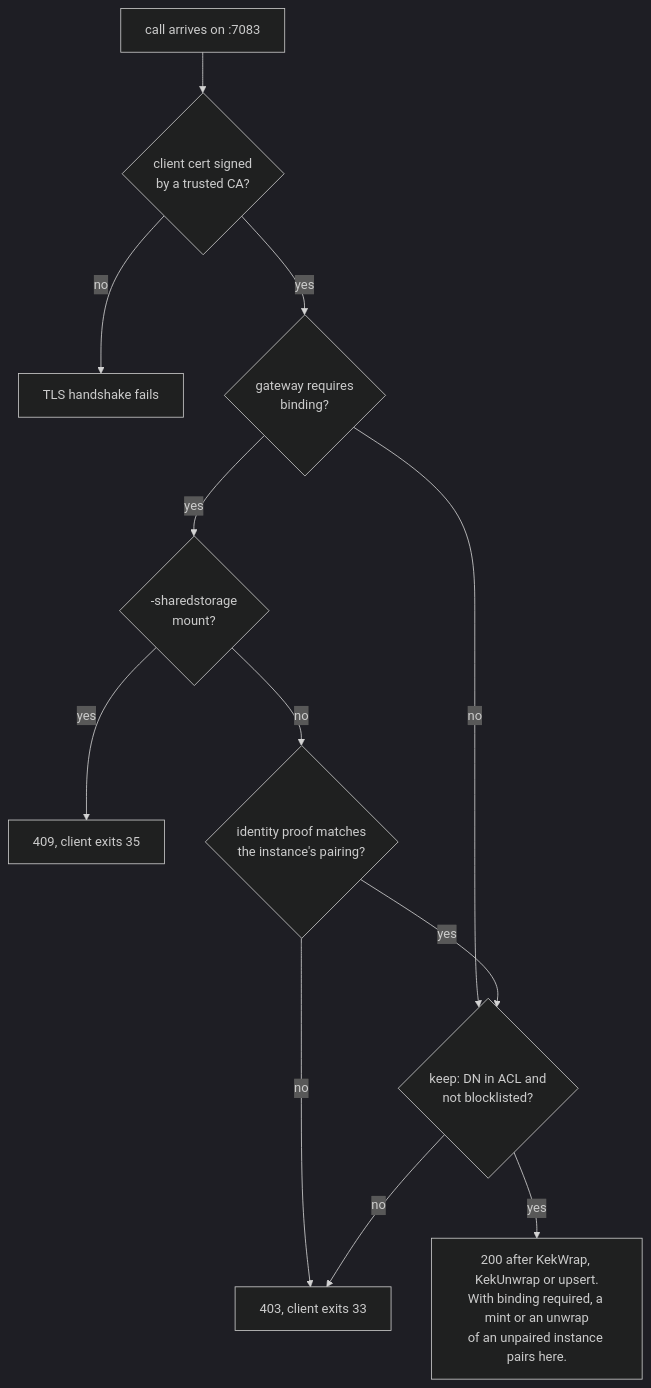
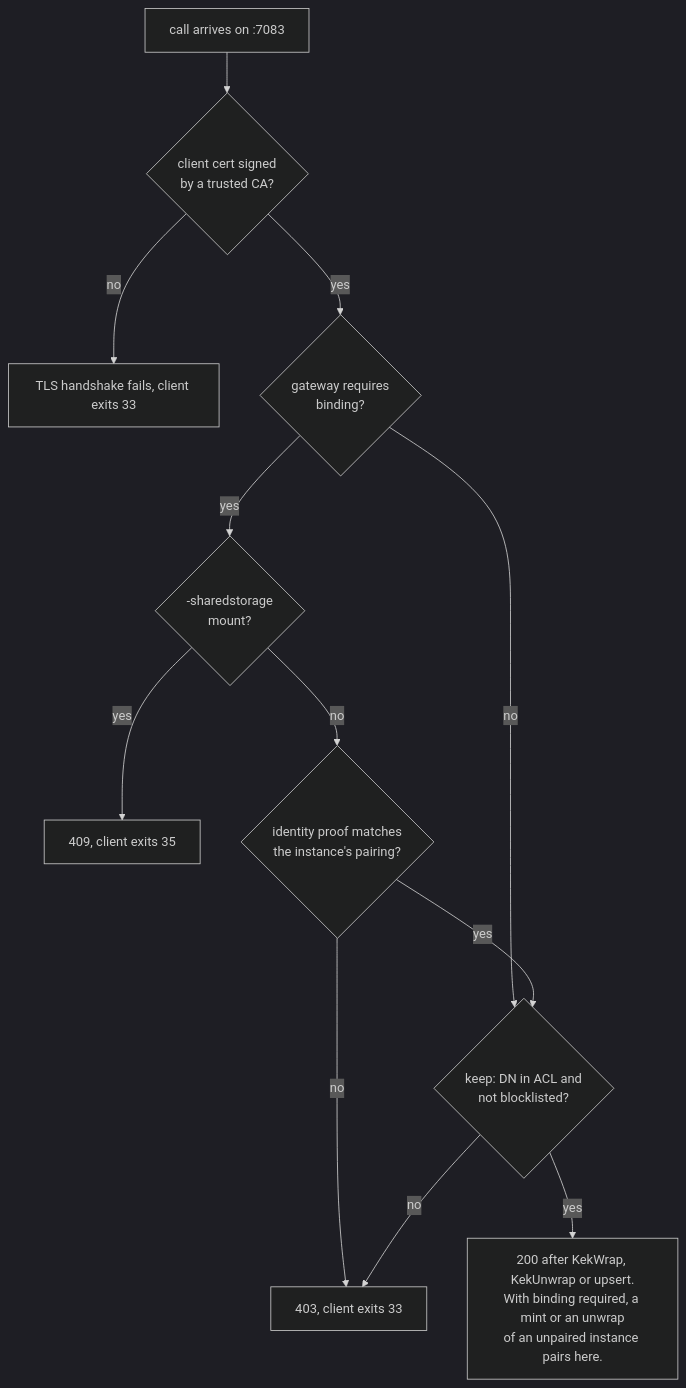
One commit to TrustedKeep/gocryptfs changed the third of 7 diagrams in Documentation/tkfs-v2-review-guide.md. Above: the diagram before and after it, drawn with Mermaid (dark theme). The commit also changed other lines of this file and 2 other files, not shown here.

````diff
--- a/Documentation/tkfs-v2-review-guide.md
+++ b/Documentation/tkfs-v2-review-guide.md
@@ -128,14 +130,14 @@
 ```mermaid
 flowchart TD
   A["call arrives on :7083"] --> B{"client cert signed<br/>by a trusted CA?"}
-  B -- no --> X1["TLS handshake fails"]
+  B -- no --> X1["TLS handshake fails, client exits 33"]
   B -- yes --> C{"gateway requires<br/>binding?"}
   C -- no --> G
   C -- yes --> S{"-sharedstorage<br/>mount?"}
   S -- yes --> X2["409, client exits 35"]
   S -- no --> E{"identity proof matches<br/>the instance's pairing?"}
   E -- no --> X3["403, client exits 33"]
   E -- yes --> G{"keep: DN in ACL and<br/>not blocklisted?"}
   G -- no --> X3
   G -- yes --> OK["200 after KekWrap, KekUnwrap or upsert.<br/>With binding required, a mint or an unwrap<br/>of an unpaired instance pairs here."]
 ```
````
